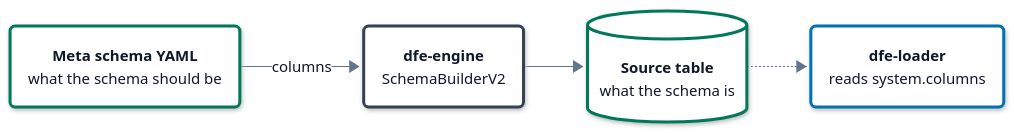
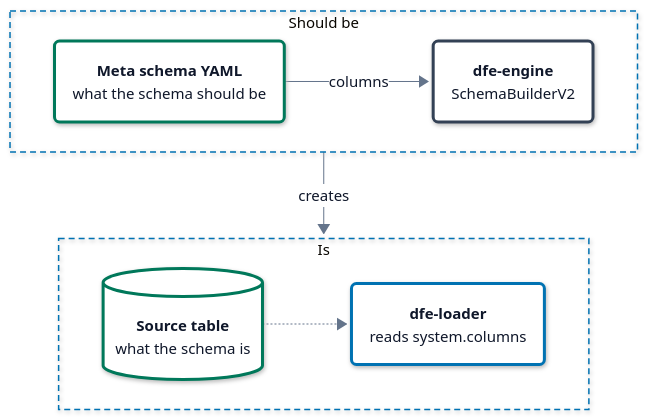
Before and after one commit to hyperi-io/dfe-schemas: the first of 2 diagrams in docs/meta-schema.md, drawn with Mermaid. The commit also changed other lines of this file and 6 other files, not shown here.

First line of the commit message:
docs(architecture): reshape the architecture page and split its parts (#134)

````diff
--- a/docs/meta-schema.md
+++ b/docs/meta-schema.md
@@ -7,71 +7,79 @@
 ```mermaid
 ---
 config:
   theme: base
   look: neo
   fontFamily: Inter, -apple-system, Segoe UI, Roboto, Helvetica, Arial, sans-serif
   flowchart:
     curve: linear
     nodeSpacing: 40
     rankSpacing: 64
     padding: 18
     wrappingWidth: 280
     htmlLabels: true
   elk:
     preset: modelOrder
   themeVariables:
     fontSize: 15px
     lineColor: "#64748B"
     primaryTextColor: "#0F172A"
     clusterBorder: "#0072B2"
     edgeLabelBackground: "#FFFFFF"
   themeCSS: >-
     p{margin:0}
     .node[data-look] rect,.node[data-look] path,.node[data-look] polygon,.node[data-look] .outer-path{filter:drop-shadow(0 1px 2px rgba(15,23,42,.10)) drop-shadow(0 6px 14px rgba(15,23,42,.10))}
     .node rect{rx:10px;ry:10px}
     .cluster rect{rx:16px;ry:16px}
     .node .label div{min-width:150px}
     .node.decision .label div{min-width:0}
     .cluster[data-look] rect{filter:none}
     .nodeLabel{line-height:1.35}
     .nodeLabel b{font-weight:600;font-size:15px;letter-spacing:-0.01em}
     .nodeLabel span{font-size:12.5px;font-weight:400;color:#334155}
     .cluster-label span.nodeLabel{display:inline-block;background:#FFFFFF;color:#0B2A3F;border:1.5px solid #0072B2;border-radius:999px;padding:2px 12px;font-size:11.5px;font-weight:700;letter-spacing:.09em;text-transform:uppercase}
     .flowchart-link{stroke-width:1.75px}
     .labelBkg{background:transparent!important}
     span.edgeLabel{display:inline-block;background:#FFFFFF!important;color:#1E293B;border:1px solid #94A3B8;border-radius:999px;padding:2px 10px;font-size:12px;font-weight:500}
     span.edgeLabel p{background:transparent!important}
     .label-icon{width:20px;height:20px;vertical-align:-4px;margin-right:6px}
     .ingest .label-icon{color:#0E8A7D}
     .xform .label-icon{color:#7B4FB0}
     .load .label-icon{color:#0072B2}
     .bus .label-icon{color:#A8517F}
     .store .label-icon{color:#00785A}
     .ui .label-icon{color:#D9480F}
     .ext .label-icon{color:#64748B}
 ---
-flowchart LR
+flowchart TB
   accTitle: L4 Detail -- Meta schema to source table
   accDescr: dfe-engine's SchemaBuilderV2 reads the meta schema YAML, composes and validates the columns, and creates the source table. dfe-loader reads the deployed table's columns from system.columns at runtime.
-  yaml("<b>Meta schema YAML</b><br/><span>what the schema should be</span>")
-  builder("<b>dfe-engine</b><br/><span>SchemaBuilderV2</span>")
-  table[("<b>Source table</b><br/><span>what the schema is</span>")]
-  loader("<b>dfe-loader</b><br/><span>reads system.columns</span>")
-  yaml -->|columns| builder
-  builder --> table
-  table -.-> loader
+  subgraph should["Should be"]
+    direction LR
+    yaml("<b>Meta schema YAML</b><br/><span>what the schema should be</span>")
+    builder("<b>dfe-engine</b><br/><span>SchemaBuilderV2</span>")
+    yaml -->|columns| builder
+  end
+  subgraph is["Is"]
+    direction LR
+    table[("<b>Source table</b><br/><span>what the schema is</span>")]
+    loader("<b>dfe-loader</b><br/><span>reads system.columns</span>")
+    table -.-> loader
+  end
+  should -->|creates| is
+  class yaml,table store
+  class builder control
+  class loader load
   classDef ext fill:#F4F6F8,stroke:#94A3B8,stroke-width:1.5px,stroke-dasharray:5 4,color:#0F172A
   classDef ingest fill:#FFFFFF,stroke:#0E8A7D,stroke-width:3px,color:#0F172A
   classDef xform fill:#FFFFFF,stroke:#7B4FB0,stroke-width:3px,color:#0F172A
   classDef load fill:#FFFFFF,stroke:#0072B2,stroke-width:3px,color:#0F172A
   classDef bus fill:#FFFFFF,stroke:#A8517F,stroke-width:3px,color:#0F172A
   classDef store fill:#FFFFFF,stroke:#00785A,stroke-width:3px,color:#0F172A
   classDef ui fill:#FFFFFF,stroke:#D9480F,stroke-width:3px,color:#0F172A
   classDef decision fill:#FFFFFF,stroke:#9A6700,stroke-width:3px,color:#0F172A
   classDef error fill:#FFFFFF,stroke:#C2410C,stroke-width:3px,color:#0F172A
   classDef control fill:#FFFFFF,stroke:#334155,stroke-width:3px,color:#0F172A
   classDef part fill:#FFFFFF,stroke:#94A3B8,stroke-width:1.5px,color:#0F172A
-  class yaml,table store
-  class builder control
-  class loader load
+  style should fill:none,stroke:#0072B2,stroke-width:1.5px,stroke-dasharray:6 4
+  style is fill:none,stroke:#0072B2,stroke-width:1.5px,stroke-dasharray:6 4
 ```
````
